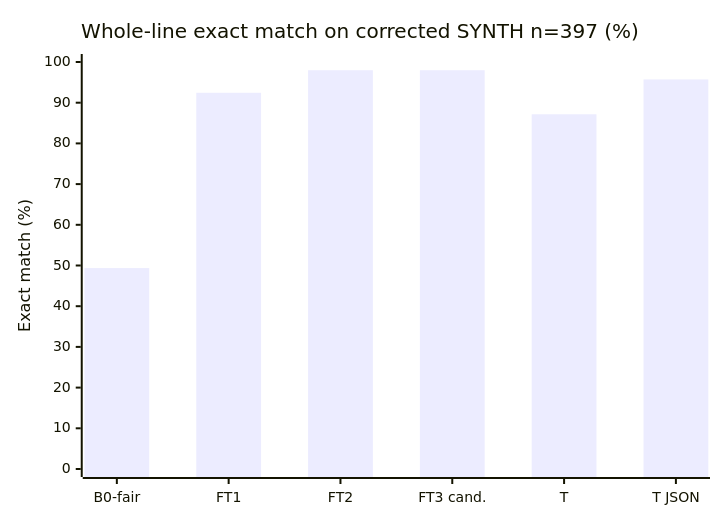
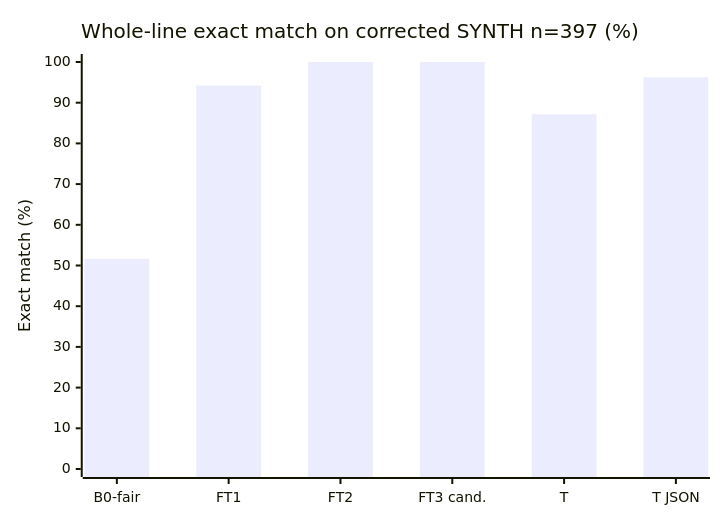
Before and after one commit to Vedant817/aaji-pill-clerk: the third of 4 diagrams in eval/results.md, drawn with Mermaid. The commit also changed other lines of this file and 32 other files, not shown here.

````diff
--- a/eval/results.md
+++ b/eval/results.md
@@ -192,7 +194,7 @@
 ```mermaid
 xychart-beta
     title "Whole-line exact match on corrected SYNTH n=397 (%)"
     x-axis ["B0-fair", "FT1", "FT2", "FT3 cand.", "T", "T JSON"]
     y-axis "Exact match (%)" 0 --> 100
-    bar [49.37, 92.44, 97.98, 97.98, 87.15, 95.72]
+    bar [51.64, 94.21, 100, 100, 87.15, 96.22]
 ```
````
